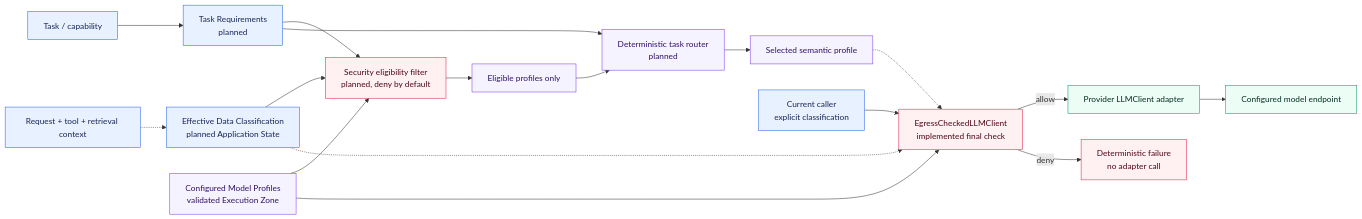
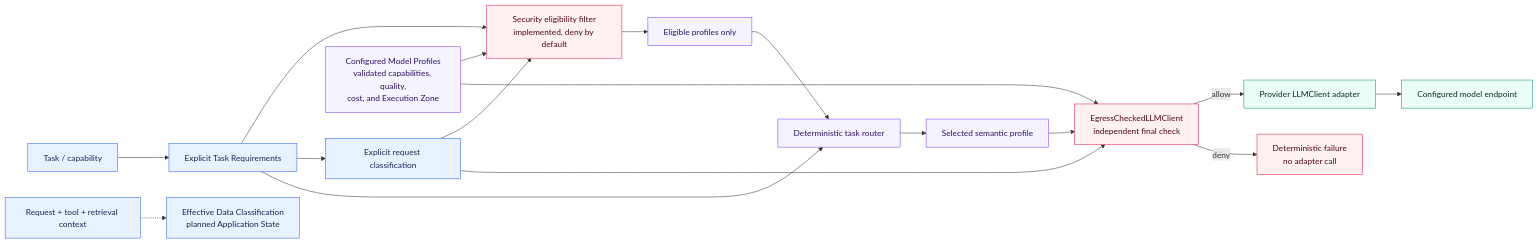
One commit to aboerzel/industrial-ai-agent changed the eighth of 10 diagrams in docs/architecture/overview.md. Above: the diagram before and after it, drawn with Mermaid. The commit also changed other lines of this file and 11 other files, not shown here.

Commit message:
feat: add task-level model routing

````diff
--- a/docs/architecture/overview.md
+++ b/docs/architecture/overview.md
@@ -416,28 +430,28 @@
 ```mermaid
 flowchart LR
-    Task["Task / capability"] --> Requirements["Task Requirements<br/>planned"]
+    Task["Task / capability"] --> Requirements["Explicit Task Requirements"]
     Context["Request + tool + retrieval context"] -.-> Classification["Effective Data Classification<br/>planned Application State"]
-    Requirements --> Eligibility["Security eligibility filter<br/>planned, deny by default"]
-    Classification --> Eligibility
-    Profiles["Configured Model Profiles<br/>validated Execution Zone"] --> Eligibility
+    Requirements --> Eligibility["Security eligibility filter<br/>implemented, deny by default"]
+    Requirements --> ExplicitClass["Explicit request classification"]
+    ExplicitClass --> Eligibility
+    Profiles["Configured Model Profiles<br/>validated capabilities, quality,<br/>cost, and Execution Zone"] --> Eligibility
     Eligibility --> Eligible["Eligible profiles only"]
-    Eligible --> Router["Deterministic task router<br/>planned"]
+    Eligible --> Router["Deterministic task router"]
     Requirements --> Router
     Router --> Selected["Selected semantic profile"]
-    Caller["Current caller<br/>explicit classification"] --> FinalCheck["EgressCheckedLLMClient<br/>implemented final check"]
-    Selected -.-> FinalCheck
+    Selected --> FinalCheck["EgressCheckedLLMClient<br/>independent final check"]
     Profiles --> FinalCheck
-    Classification -.-> FinalCheck
+    ExplicitClass --> FinalCheck
     FinalCheck -->|"allow"| Client["Provider LLMClient adapter"]
     FinalCheck -->|"deny"| Failure["Deterministic failure<br/>no adapter call"]
     Client --> Endpoint["Configured model endpoint"]
 
     classDef core fill:#e8f1ff,stroke:#2563eb,color:#172554
     classDef security fill:#fff1f2,stroke:#e11d48,color:#4c0519
     classDef routing fill:#f5f3ff,stroke:#7c3aed,color:#2e1065
     classDef adapter fill:#ecfdf5,stroke:#059669,color:#022c22
-    class Task,Requirements,Context,Classification,Caller core
+    class Task,Requirements,Context,Classification,ExplicitClass core
     class Eligibility,FinalCheck,Failure security
     class Profiles,Eligible,Router,Selected routing
     class Client,Endpoint adapter
 ```
````
